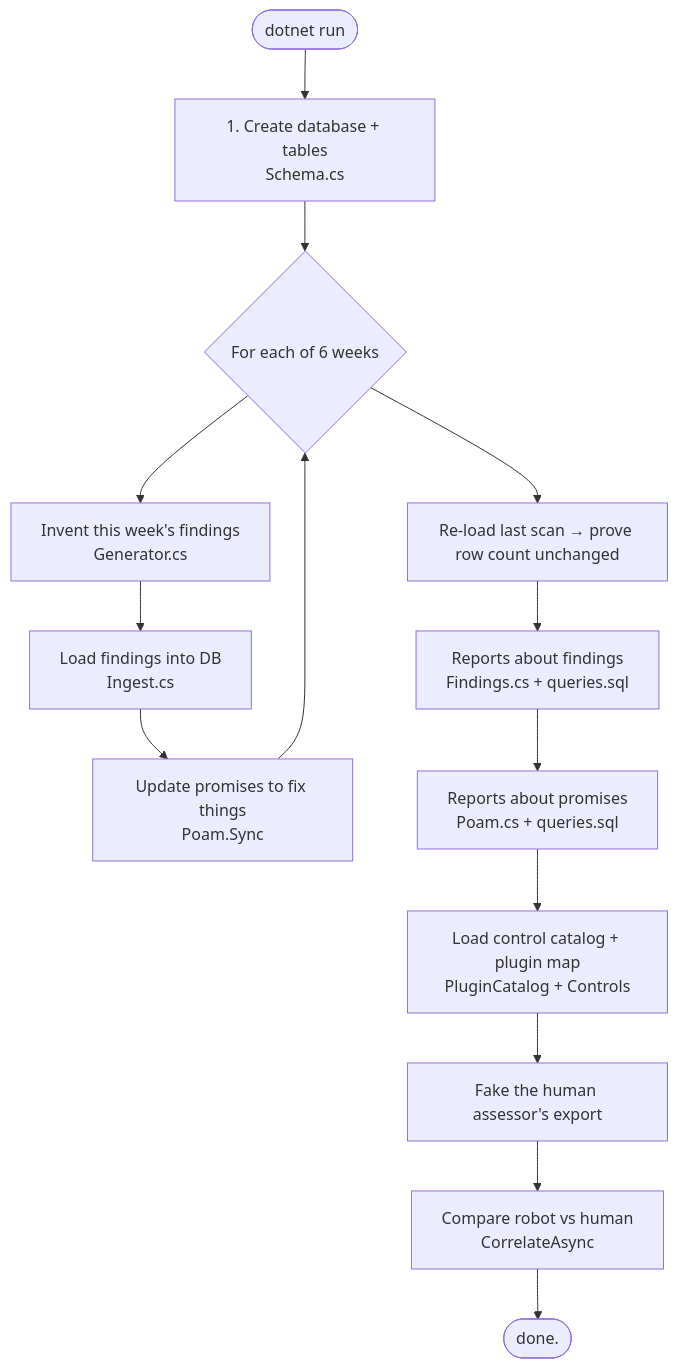
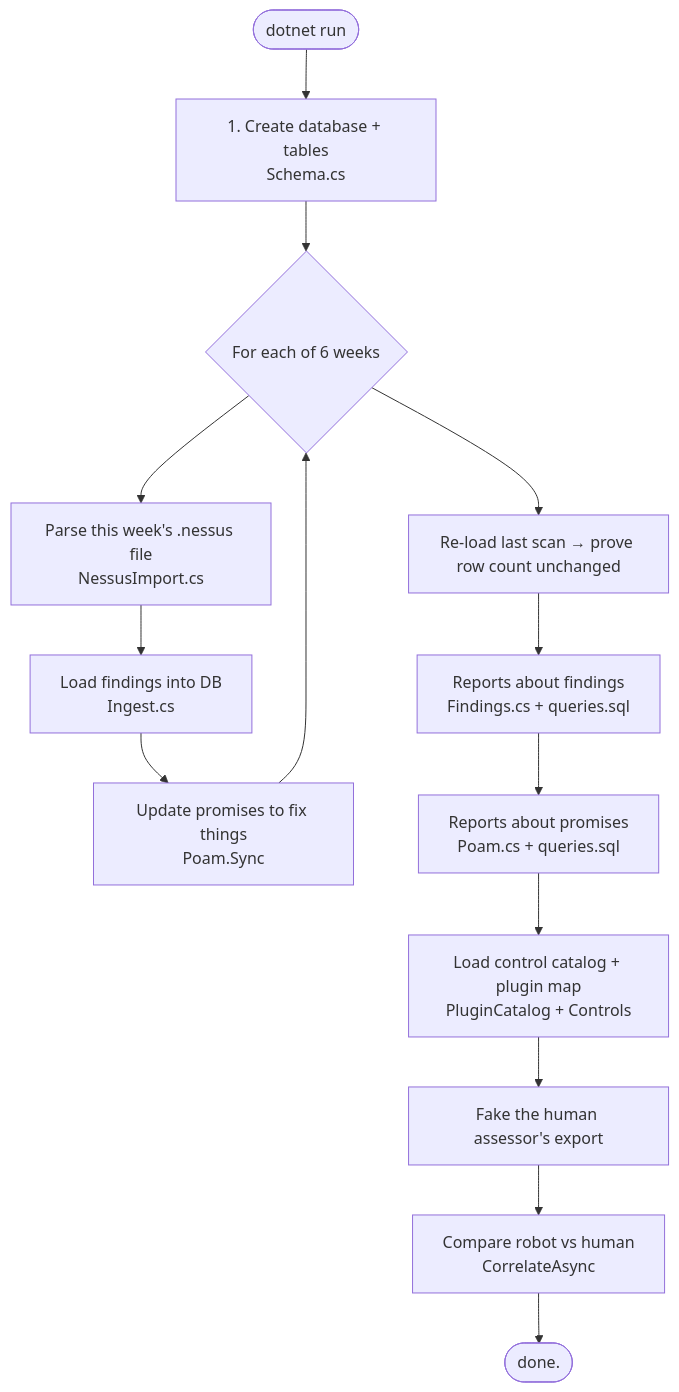
The second of 9 diagrams in OVERVIEW.md (LeonardSibelius/scan-ingest), drawn with Mermaid before and after one commit. The commit also changed other lines of this file and 19 other files, not shown here.

````diff
--- a/OVERVIEW.md
+++ b/OVERVIEW.md
@@ -102,16 +102,16 @@
 ```mermaid
 flowchart TD
     Start([dotnet run]) --> Schema["1. Create database + tables<br/>Schema.cs"]
     Schema --> Loop{"For each of 6 weeks"}
-    Loop --> Gen["Invent this week's findings<br/>Generator.cs"]
+    Loop --> Gen["Parse this week's .nessus file<br/>NessusImport.cs"]
     Gen --> Ingest["Load findings into DB<br/>Ingest.cs"]
     Ingest --> PoamSync["Update promises to fix things<br/>Poam.Sync"]
     PoamSync --> Loop
     Loop --> Idem["Re-load last scan → prove row count unchanged"]
     Idem --> Reports1["Reports about findings<br/>Findings.cs + queries.sql"]
     Reports1 --> Reports2["Reports about promises<br/>Poam.cs + queries.sql"]
     Reports2 --> Seed["Load control catalog + plugin map<br/>PluginCatalog + Controls"]
     Seed --> Emass["Fake the human assessor's export"]
     Emass --> Corr["Compare robot vs human<br/>CorrelateAsync"]
     Corr --> Done([done.])
 ```
````
